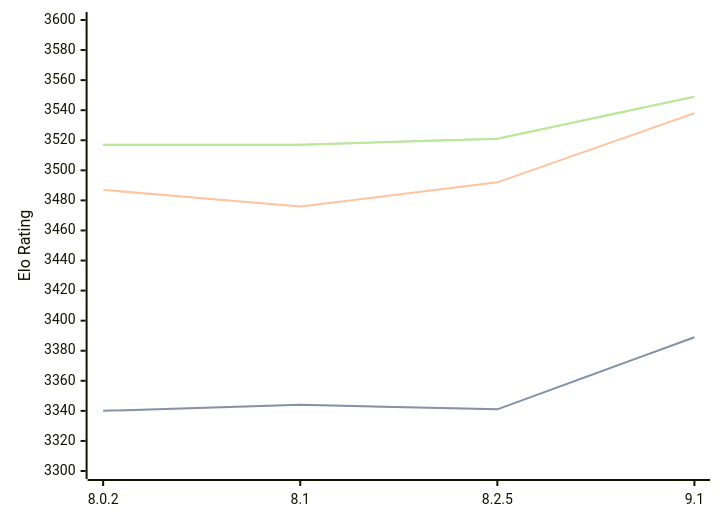
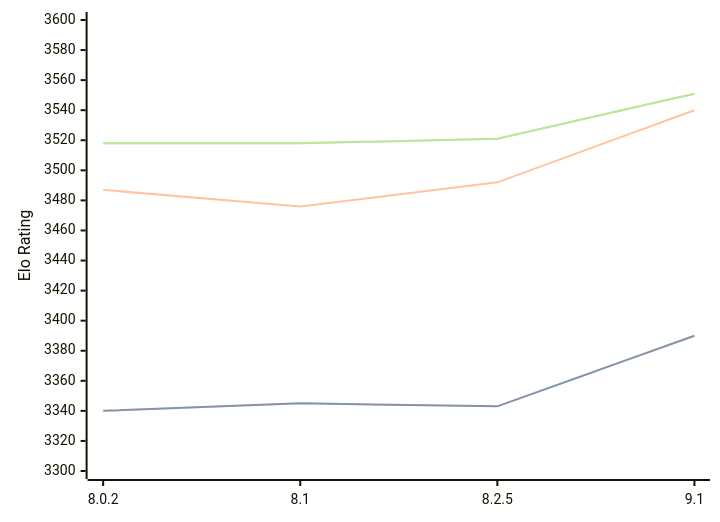
One commit to computer-chess-index/cci changed the diagram in engines/Clover.md. Above: the diagram before and after it, drawn with Mermaid. The commit also changed other lines of this file, not shown here.

Commit message:
Update CCI Ratings (ELO VLTC) - 2026-09-07

````diff
--- a/engines/Clover.md
+++ b/engines/Clover.md
@@ -35,11 +35,11 @@
 ```mermaid
 %%{init: {"theme":"base","themeVariables":{"seriesColors:['#a3a3a3','#222221','#faa371']}}}%%
 xychart-beta
   x-axis ["8.0.2", "8.1", "8.2.5", "9.1"]
   y-axis "Elo Rating" 3300 --> 3600
-  line "" [3340, 3344, 3341, 3389]
-  line "STC (8.0+0.08s)" [3340, 3344, 3341, 3389]
-  line "LTC (60.0+0.60s)" [3487, 3476, 3492, 3538]
-  line "" [3517, 3517, 3521, 3549]
-  line "VLTC (2m24s+1.12s)" [3517, 3517, 3521, 3549]
+  line "" [3340, 3345, 3343, 3390]
+  line "STC (8.0+0.08s)" [3340, 3345, 3343, 3390]
+  line "LTC (60.0+0.60s)" [3487, 3476, 3492, 3540]
+  line "" [3518, 3518, 3521, 3551]
+  line "VLTC (2m24s+1.12s)" [3518, 3518, 3521, 3551]
 ```
````
